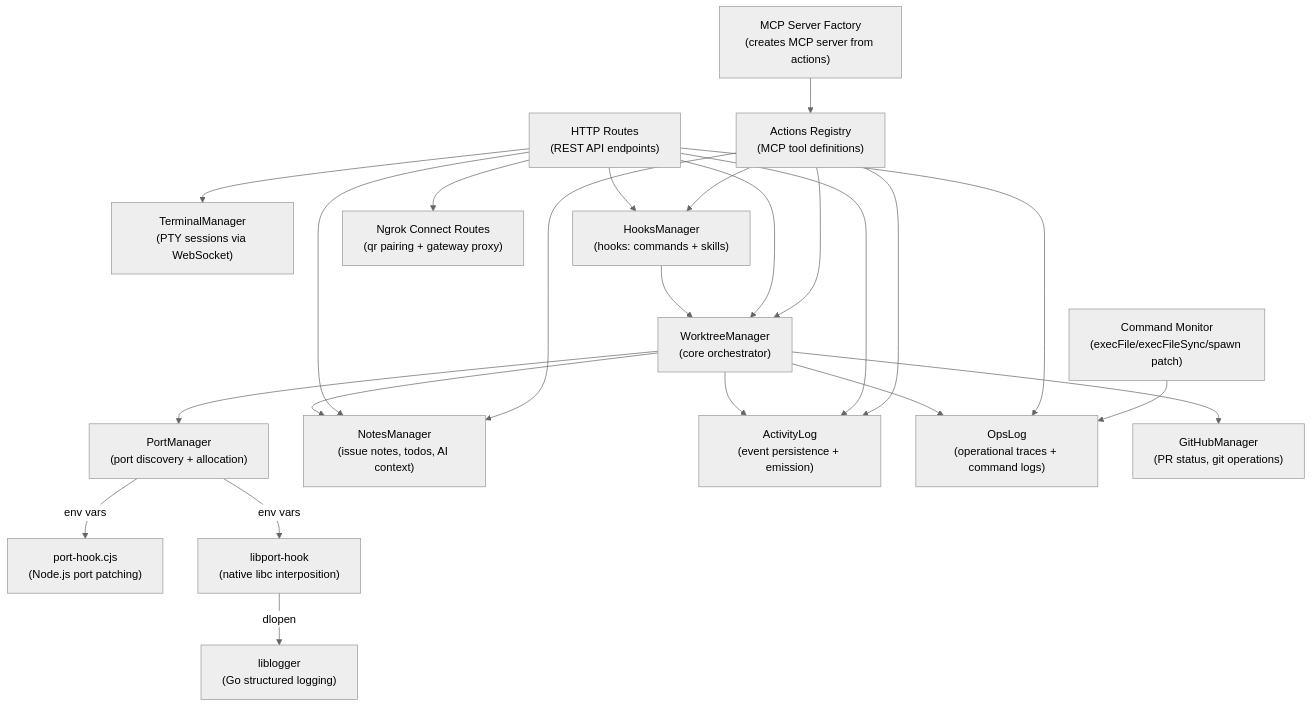
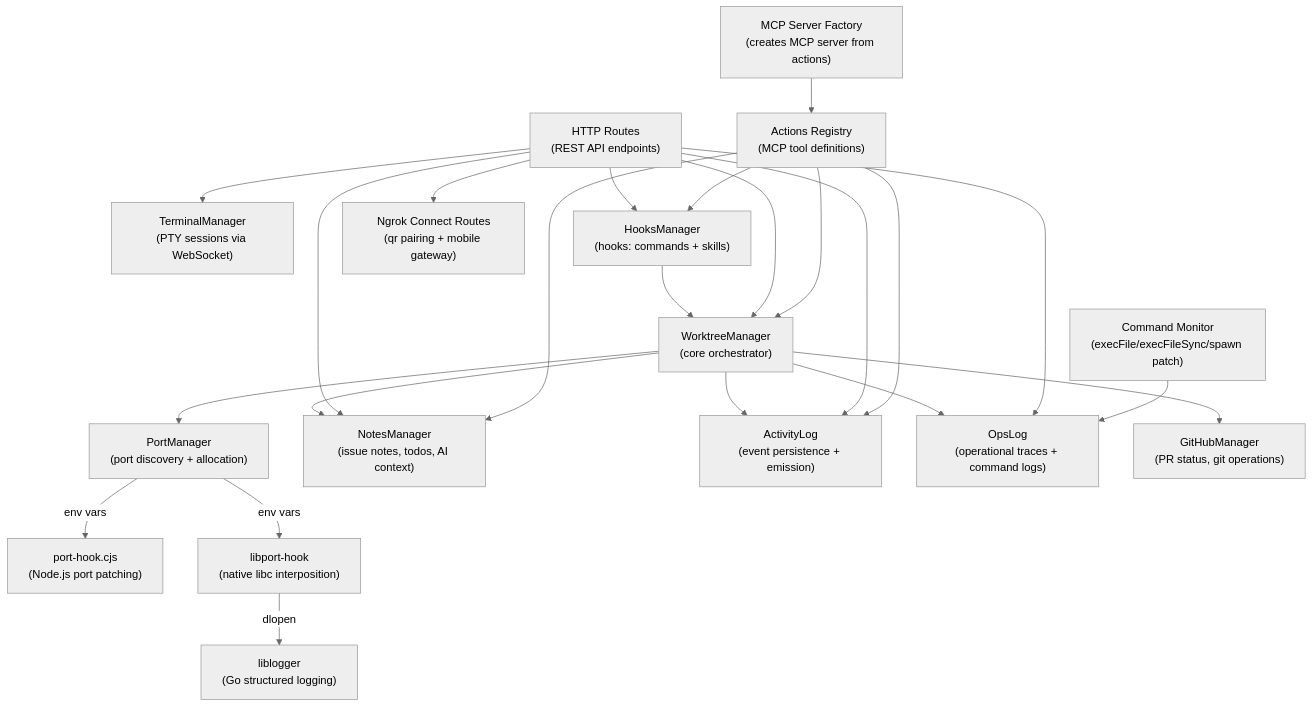
Before and after one commit to fum4/openkit: the second of 3 diagrams in docs/ARCHITECTURE.md, drawn with Mermaid (neutral theme). The commit also changed other lines of this file and 14 other files, not shown here.

Commit message:
oc/mobile-pairing

````diff
--- a/docs/ARCHITECTURE.md
+++ b/docs/ARCHITECTURE.md
@@ -36,42 +36,42 @@
 ```mermaid
 flowchart TB
     WM["WorktreeManager\n(core orchestrator)"]
     PM["PortManager\n(port discovery + allocation)"]
     TM["TerminalManager\n(PTY sessions via WebSocket)"]
     NM["NotesManager\n(issue notes, todos, AI context)"]
     AL["ActivityLog\n(event persistence + emission)"]
     OL["OpsLog\n(operational traces + command logs)"]
     CM["Command Monitor\n(execFile/execFileSync/spawn patch)"]
     VM["HooksManager\n(hooks: commands + skills)"]
-    NC["Ngrok Connect Routes\n(qr pairing + gateway proxy)"]
+    NC["Ngrok Connect Routes\n(qr pairing + mobile gateway)"]
     GH["GitHubManager\n(PR status, git operations)"]
     Hook["port-hook.cjs\n(Node.js port patching)"]
     NativeHook["libport-hook\n(native libc interposition)"]
     LoggerLib["liblogger\n(Go structured logging)"]
     Actions["Actions Registry\n(MCP tool definitions)"]
     McpFactory["MCP Server Factory\n(creates MCP server from actions)"]
     Routes["HTTP Routes\n(REST API endpoints)"]
 
     WM --> PM
     WM --> NM
     WM --> AL
     WM --> OL
     WM --> GH
     VM --> WM
     Routes --> WM
     Routes --> TM
     Routes --> NM
     Routes --> VM
     Routes --> AL
     Routes --> OL
     Routes --> NC
     Actions --> WM
     Actions --> NM
     Actions --> VM
     Actions --> AL
     CM --> OL
     McpFactory --> Actions
     PM -->|env vars| Hook
     PM -->|env vars| NativeHook
     NativeHook -->|dlopen| LoggerLib
 ```
````
